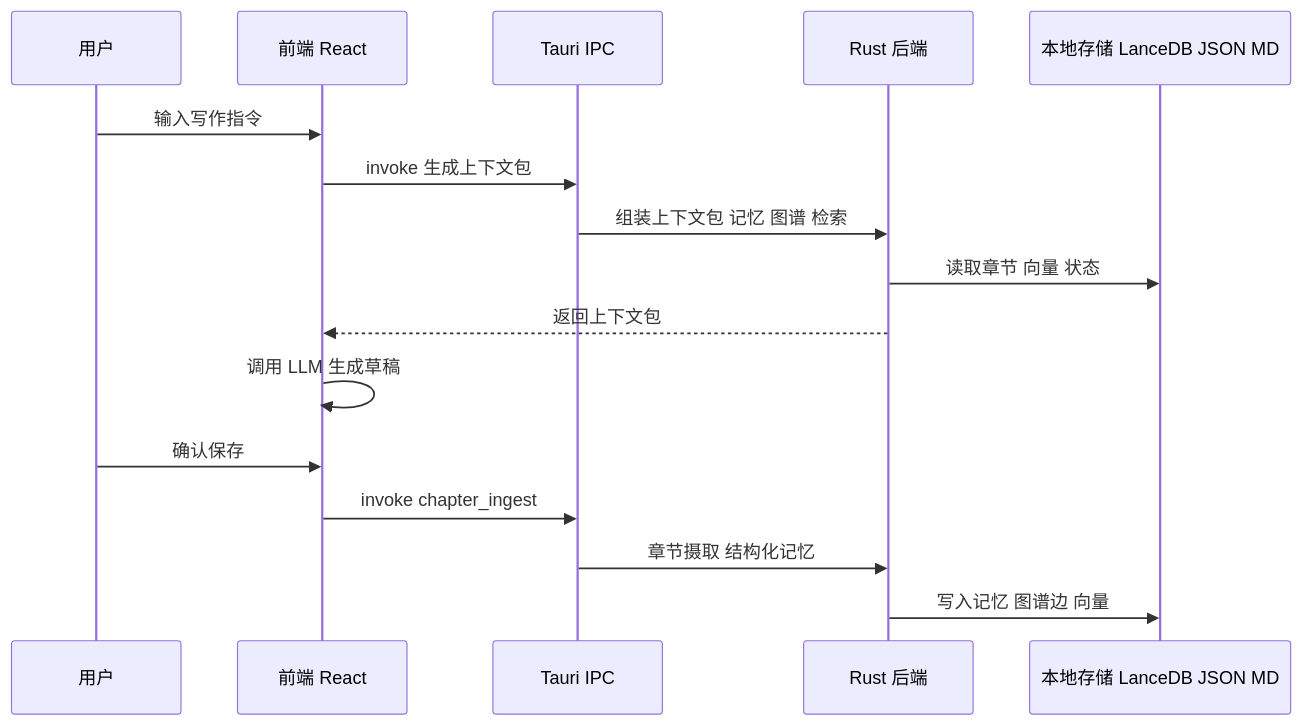
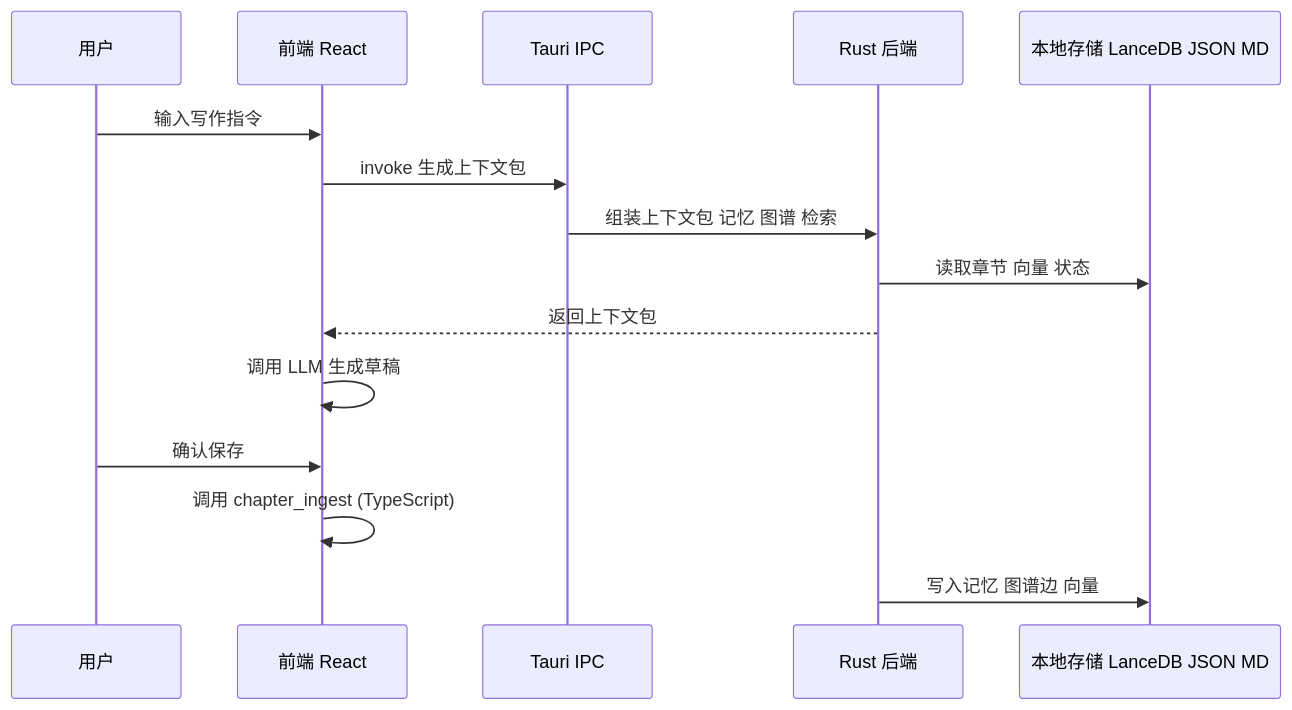
The diagram in README.md (Smith-106/niko-buddy), drawn with Mermaid before and after one commit. The commit also changed other lines of this file and 5 other files, not shown here.

````diff
--- a/README.md
+++ b/README.md
@@ -364,18 +364,17 @@
 ```mermaid
 sequenceDiagram
     participant U as 用户
     participant FE as 前端 React
     participant IP as Tauri IPC
     participant RS as Rust 后端
     participant DB as 本地存储 LanceDB JSON MD
     U->>FE: 输入写作指令
     FE->>IP: invoke 生成上下文包
     IP->>RS: 组装上下文包 记忆 图谱 检索
     RS->>DB: 读取章节 向量 状态
     RS-->>FE: 返回上下文包
     FE->>FE: 调用 LLM 生成草稿
     U->>FE: 确认保存
-    FE->>IP: invoke chapter_ingest
-    IP->>RS: 章节摄取 结构化记忆
+    FE->>FE: 调用 chapter_ingest (TypeScript)
     RS->>DB: 写入记忆 图谱边 向量
 ```
````
